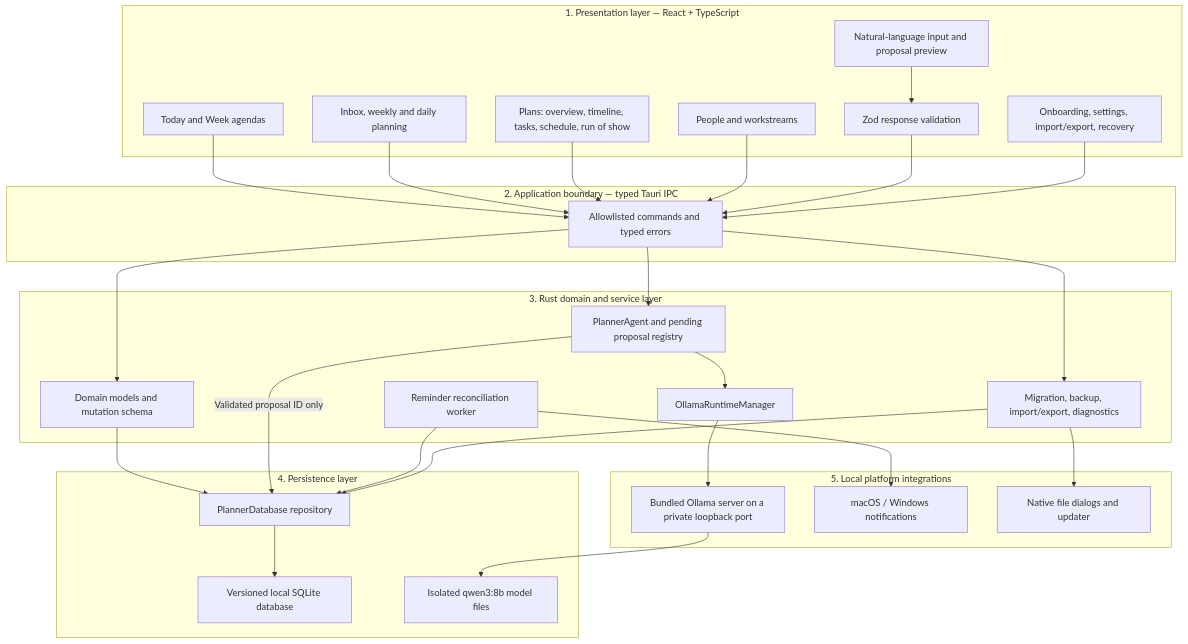
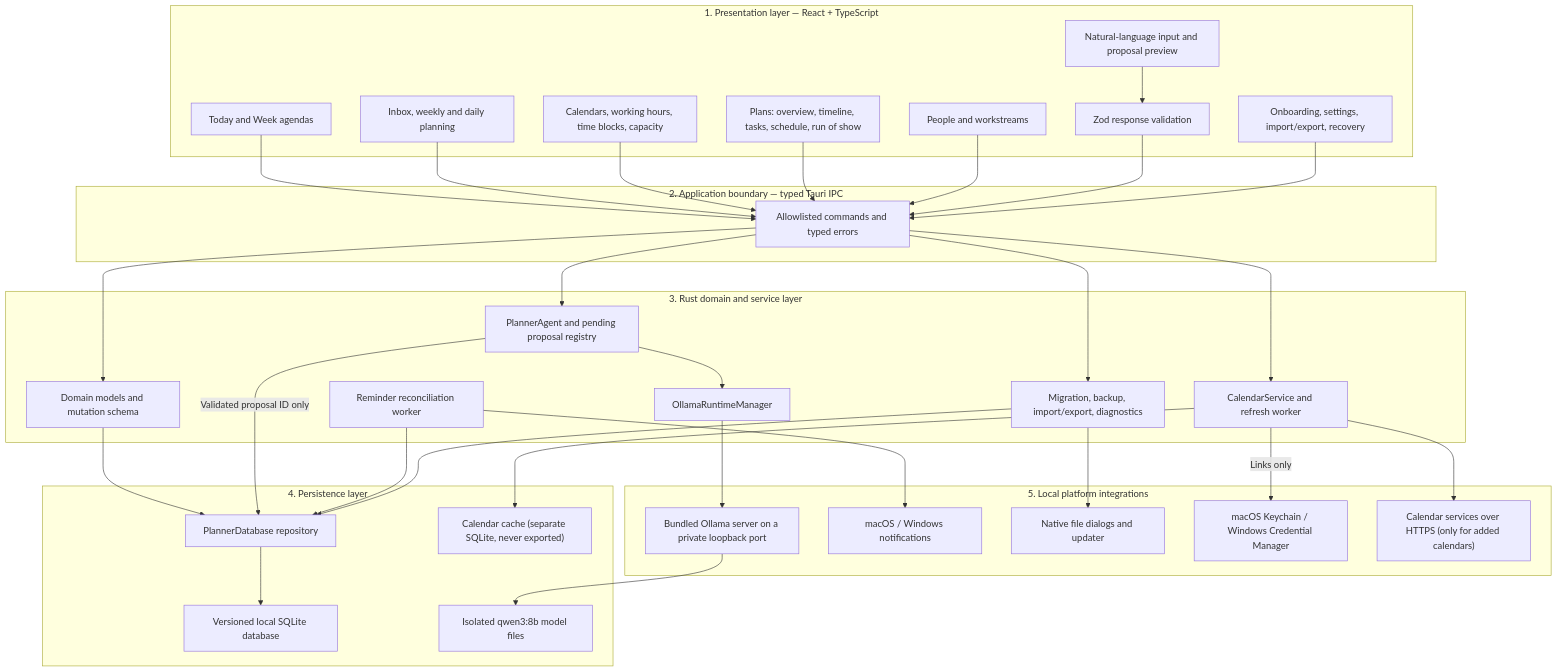
The first of 3 diagrams in README.md (Von-Van/DelvePlanner), drawn with Mermaid before and after one commit. The commit also changed other lines of this file and 36 other files, not shown here.

````diff
--- a/README.md
+++ b/README.md
@@ -30,54 +32,64 @@
 ```mermaid
 flowchart TB
   subgraph presentation["1. Presentation layer — React + TypeScript"]
     Agenda["Today and Week agendas"]
     Sessions["Inbox, weekly and daily planning"]
+    CalendarsUI["Calendars, working hours, time blocks, capacity"]
     Plans["Plans: overview, timeline, tasks, schedule, run of show"]
     People["People and workstreams"]
     PlannerUI["Natural-language input and proposal preview"]
     Settings["Onboarding, settings, import/export, recovery"]
     Boundary["Zod response validation"]
   end
 
   subgraph ipc["2. Application boundary — typed Tauri IPC"]
     Commands["Allowlisted commands and typed errors"]
   end
 
   subgraph domain["3. Rust domain and service layer"]
     Models["Domain models and mutation schema"]
     Agent["PlannerAgent and pending proposal registry"]
     Runtime["OllamaRuntimeManager"]
     Reminder["Reminder reconciliation worker"]
+    CalendarSvc["CalendarService and refresh worker"]
     Files["Migration, backup, import/export, diagnostics"]
   end
 
   subgraph persistence["4. Persistence layer"]
     Repo["PlannerDatabase repository"]
     SQLite["Versioned local SQLite database"]
     ModelStore["Isolated qwen3:8b model files"]
+    CalendarCache["Calendar cache (separate SQLite, never exported)"]
   end
 
   subgraph native["5. Local platform integrations"]
     Ollama["Bundled Ollama server on a private loopback port"]
     Notifications["macOS / Windows notifications"]
     Dialogs["Native file dialogs and updater"]
+    Keychain["macOS Keychain / Windows Credential Manager"]
+    CalendarServices["Calendar services over HTTPS (only for added calendars)"]
   end
 
   Agenda --> Commands
   Sessions --> Commands
+  CalendarsUI --> Commands
   Plans --> Commands
   People --> Commands
   PlannerUI --> Boundary --> Commands
   Settings --> Commands
   Commands --> Models
   Commands --> Agent
   Commands --> Files
+  Commands --> CalendarSvc
+  CalendarSvc --> CalendarCache
+  CalendarSvc -->|"Links only"| Keychain
+  CalendarSvc --> CalendarServices
   Agent --> Runtime --> Ollama
   Ollama --> ModelStore
   Models --> Repo --> SQLite
   Agent -->|"Validated proposal ID only"| Repo
   Reminder --> Repo
   Reminder --> Notifications
   Files --> Repo
   Files --> Dialogs
 ```
````
